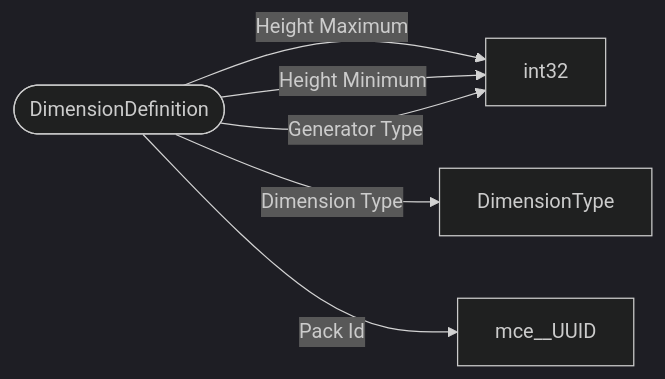
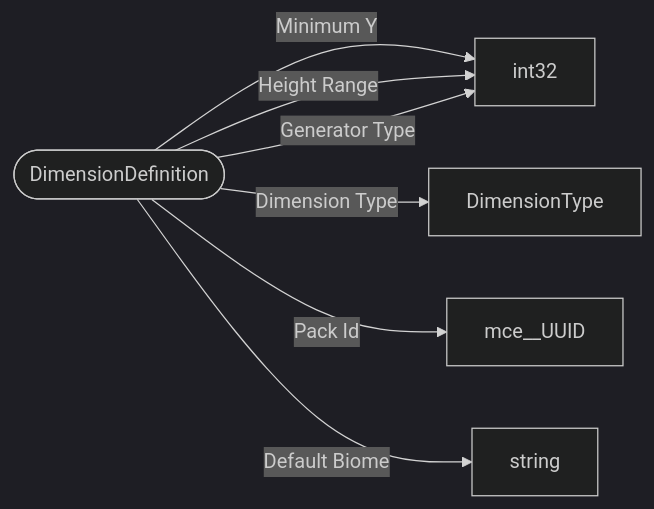
The diagram in schemas/types/DimensionDefinition.md (bedrock-v/protocol-docs), drawn with Mermaid (dark theme) before and after one commit. The commit also changed 114 other files, not shown here.

````diff
--- a/schemas/types/DimensionDefinition.md
+++ b/schemas/types/DimensionDefinition.md
@@ -5,9 +5,10 @@
 ```mermaid
 flowchart LR
   ROOT(["DimensionDefinition"])
-  ROOT -->|"Height Maximum"| int32["int32"]
-  ROOT -->|"Height Minimum"| int32["int32"]
+  ROOT -->|"Minimum Y"| int32["int32"]
+  ROOT -->|"Height Range"| int32["int32"]
   ROOT -->|"Generator Type"| int32["int32"]
   ROOT -->|"Dimension Type"| DimensionType["DimensionType"]
   ROOT -->|"Pack Id"| mce__UUID["mce__UUID"]
+  ROOT -->|"Default Biome"| string["string"]
 ```
````
